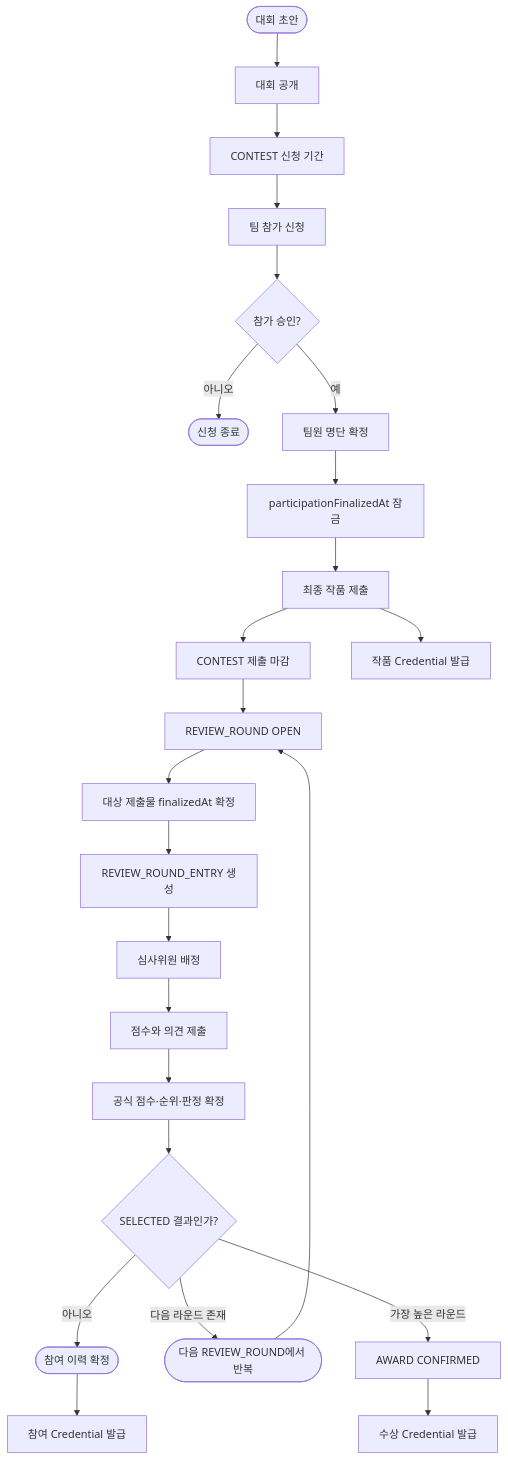
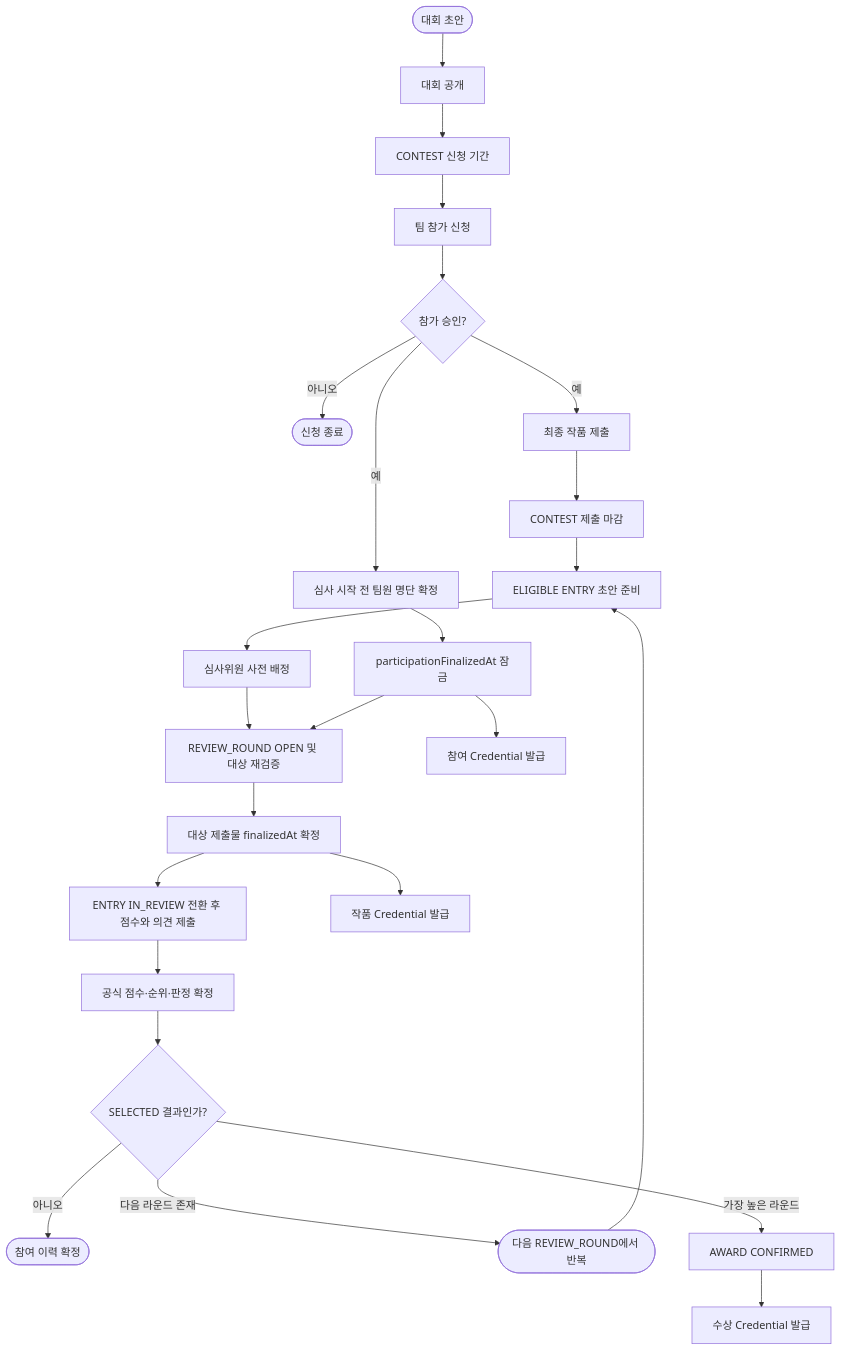
One commit to Tok-Baro/Trekkey_BackEnd changed the sixth of 22 diagrams in docs/architecture-diagrams.md. Above: the diagram before and after it, drawn with Mermaid. The commit also changed other lines of this file and 7 other files, not shown here.

````diff
--- a/docs/architecture-diagrams.md
+++ b/docs/architecture-diagrams.md
@@ -210,26 +210,27 @@
 ```mermaid
 flowchart TD
     contestDraft(["대회 초안"]) --> contestOpen["대회 공개"]
     contestOpen --> application["CONTEST 신청 기간"]
     application --> teamApply["팀 참가 신청"]
     teamApply --> approval{"참가 승인?"}
     approval -->|"아니오"| rejected(["신청 종료"])
-    approval -->|"예"| roster["팀원 명단 확정"]
+    approval -->|"예"| submit["최종 작품 제출"]
+    approval -->|"예"| roster["심사 시작 전 팀원 명단 확정"]
     roster --> rosterLock["participationFinalizedAt 잠금"]
-    rosterLock --> submit["최종 작품 제출"]
     submit --> submissionDue["CONTEST 제출 마감"]
-    submissionDue --> roundOpen["REVIEW_ROUND OPEN"]
+    submissionDue --> roundEntry["ELIGIBLE ENTRY 초안 준비"]
+    roundEntry --> judgeAssign["심사위원 사전 배정"]
+    judgeAssign --> roundOpen["REVIEW_ROUND OPEN 및 대상 재검증"]
+    rosterLock --> roundOpen
     roundOpen --> submissionLock["대상 제출물 finalizedAt 확정"]
-    submissionLock --> roundEntry["REVIEW_ROUND_ENTRY 생성"]
-    roundEntry --> judgeAssign["심사위원 배정"]
-    judgeAssign --> review["점수와 의견 제출"]
+    submissionLock --> review["ENTRY IN_REVIEW 전환 후 점수와 의견 제출"]
     review --> finalize["공식 점수·순위·판정 확정"]
     finalize --> selected{"SELECTED 결과인가?"}
     selected -->|"아니오"| finished(["참여 이력 확정"])
     selected -->|"다음 라운드 존재"| nextRound(["다음 REVIEW_ROUND에서 반복"])
-    nextRound --> roundOpen
+    nextRound --> roundEntry
     selected -->|"가장 높은 라운드"| award["AWARD CONFIRMED"]
-    finished --> participationCredential["참여 Credential 발급"]
-    submit --> workCredential["작품 Credential 발급"]
+    rosterLock --> participationCredential["참여 Credential 발급"]
+    submissionLock --> workCredential["작품 Credential 발급"]
     award --> awardCredential["수상 Credential 발급"]
 ```
````
